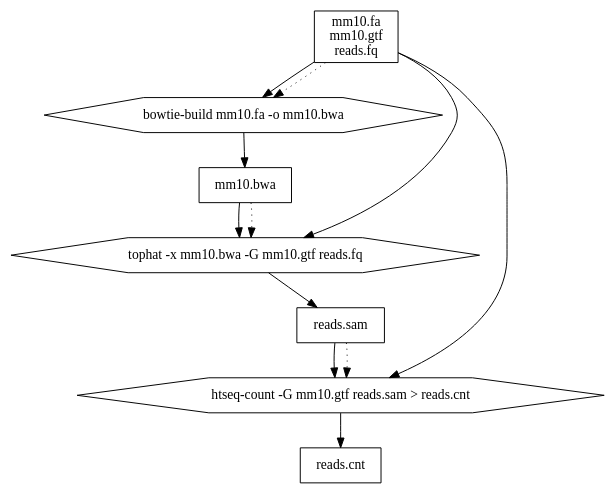
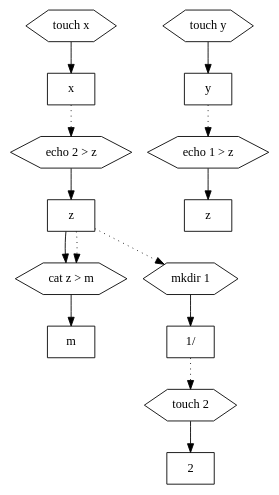
The diagram in images/generategen.dot (georgeee/itmo-bachelor-thesis), drawn with Graphviz before and after one commit. The commit also changed 19 other files, not shown here.

```diff
--- a/images/generategen.dot
+++ b/images/generategen.dot
@@ -1,30 +1,43 @@
 digraph {
     graph [rankdir=TB
           ,bgcolor=transparent
           ,size="10,5"
           ];
     node [shape=box
          ,fillcolor=white
          ,style=filled];
-    0 [label="mm10.fa\nmm10.gtf\nreads.fq", shape=box];
-    1 [label="bowtie-build mm10.fa -o mm10.bwa",shape=hexagon];
-    2 [label="mm10.bwa",shape=box];
-    3 [label="tophat -x mm10.bwa -G mm10.gtf reads.fq"
-      shape=hexagon];
-    4 [label="reads.sam",shape=box];
-    5 [label="htseq-count -G mm10.gtf reads.sam > reads.cnt"
+    0 [label="touch x"
       ,shape=hexagon];
-    6 [label="reads.cnt",shape=box];
+    1 [label=x,shape=box];
+    2 [label="touch y"
+      ,shape=hexagon];
+    3 [label=y,shape=box];
+    4 [label="echo 1 > z"
+      ,shape=hexagon];
+    5 [label=z,shape=box];
+    6 [label="echo 2 > z"
+      ,shape=hexagon];
+    7 [label=z,shape=box];
+    8 [label="cat z > m"
+      ,shape=hexagon];
+    9 [label=m,shape=box];
+    16 [label="mkdir 1"
+       ,shape=hexagon];
+    17 [label="1/",shape=box];
+    18 [label="touch 2"
+       ,shape=hexagon];
+    19 [label=2,shape=box];
     0 -> 1 [style=solid];
-    0 -> 1 [style=dotted];
-    1 -> 2 [style=solid];
+    1 -> 6 [style=dotted];
     2 -> 3 [style=solid];
-    2 -> 3 [style=dotted];
-    3 -> 4 [style=solid];
-    0 -> 3 [style=solid];
-    0 -> 5 [style=solid];
+    3 -> 4 [style=dotted];
     4 -> 5 [style=solid];
-    4 -> 5 [style=dotted];
-    5 -> 6 [style=solid];
-
+    6 -> 7 [style=solid];
+    7 -> 8 [style=solid];
+    7 -> 8 [style=dotted];
+    7 -> 16 [style=dotted];
+    8 -> 9 [style=solid];
+    16 -> 17 [style=solid];
+    17 -> 18 [style=dotted];
+    18 -> 19 [style=solid];
 }
```
